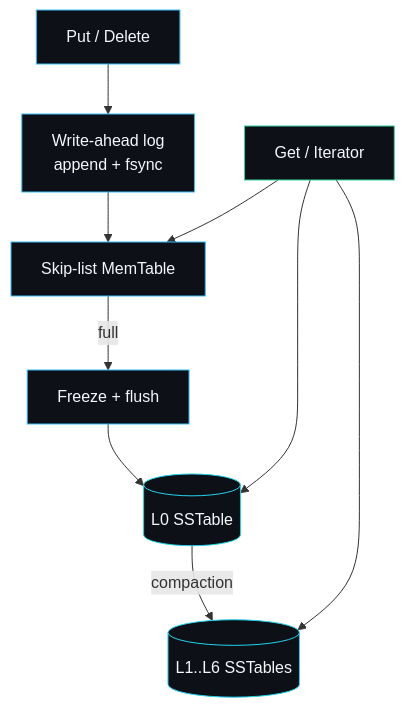
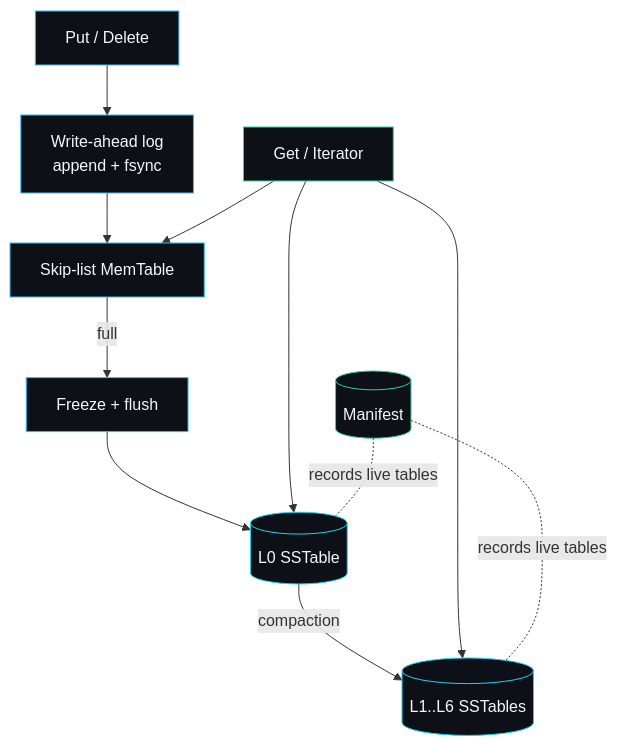
The diagram in wiki/Home.md (sarmakska/lsmdb), drawn with Mermaid before and after one commit. The commit also changed other lines of this file and 27 other files, not shown here.

````diff
--- a/wiki/Home.md
+++ b/wiki/Home.md
@@ -17,18 +18,20 @@
 ```mermaid
 flowchart TD
     A[Put / Delete] --> B[Write-ahead log<br/>append + fsync]
     B --> C[Skip-list MemTable]
     C -->|full| D[Freeze + flush]
     D --> E[(L0 SSTable)]
     E -->|compaction| F[(L1..L6 SSTables)]
     G[Get / Iterator] --> C
     G --> E
     G --> F
+    M[(Manifest)] -. records live tables .- E
+    M -. records live tables .- F
 
     classDef sky fill:#0d1117,stroke:#38bdf8,color:#f5f7fa;
     classDef cyan fill:#0d1117,stroke:#22d3ee,color:#f5f7fa;
     classDef em fill:#0d1117,stroke:#34d399,color:#f5f7fa;
     class A,B,C,D sky;
     class E,F cyan;
-    class G em;
+    class G,M em;
 ```
````
